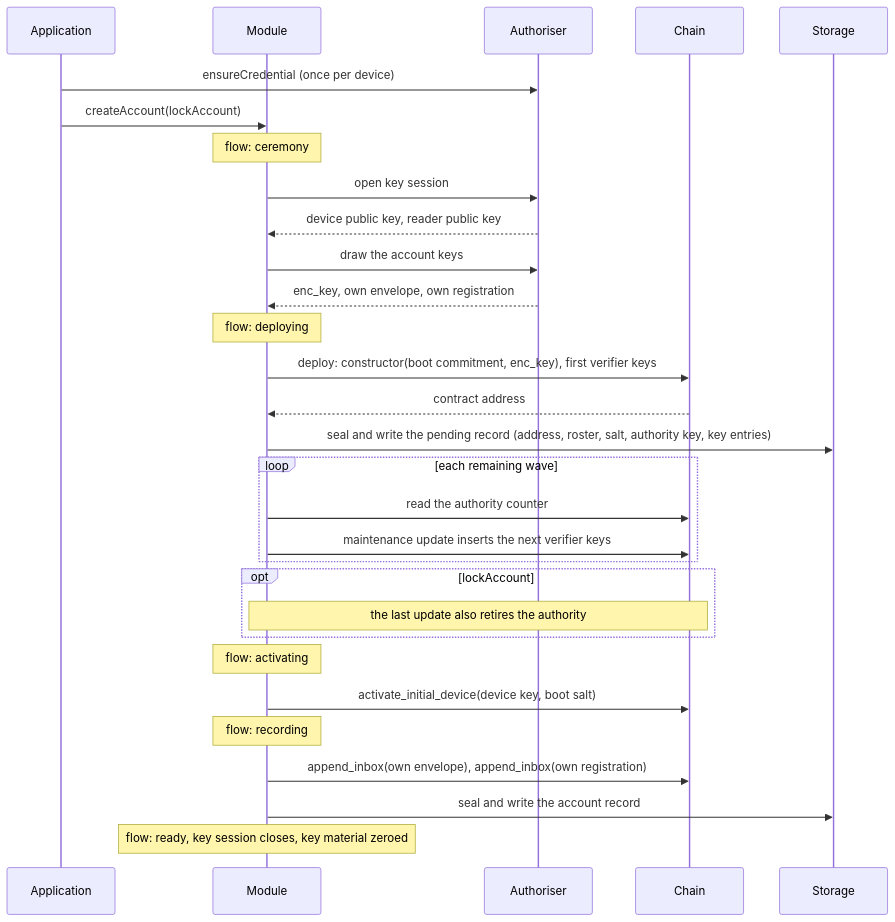
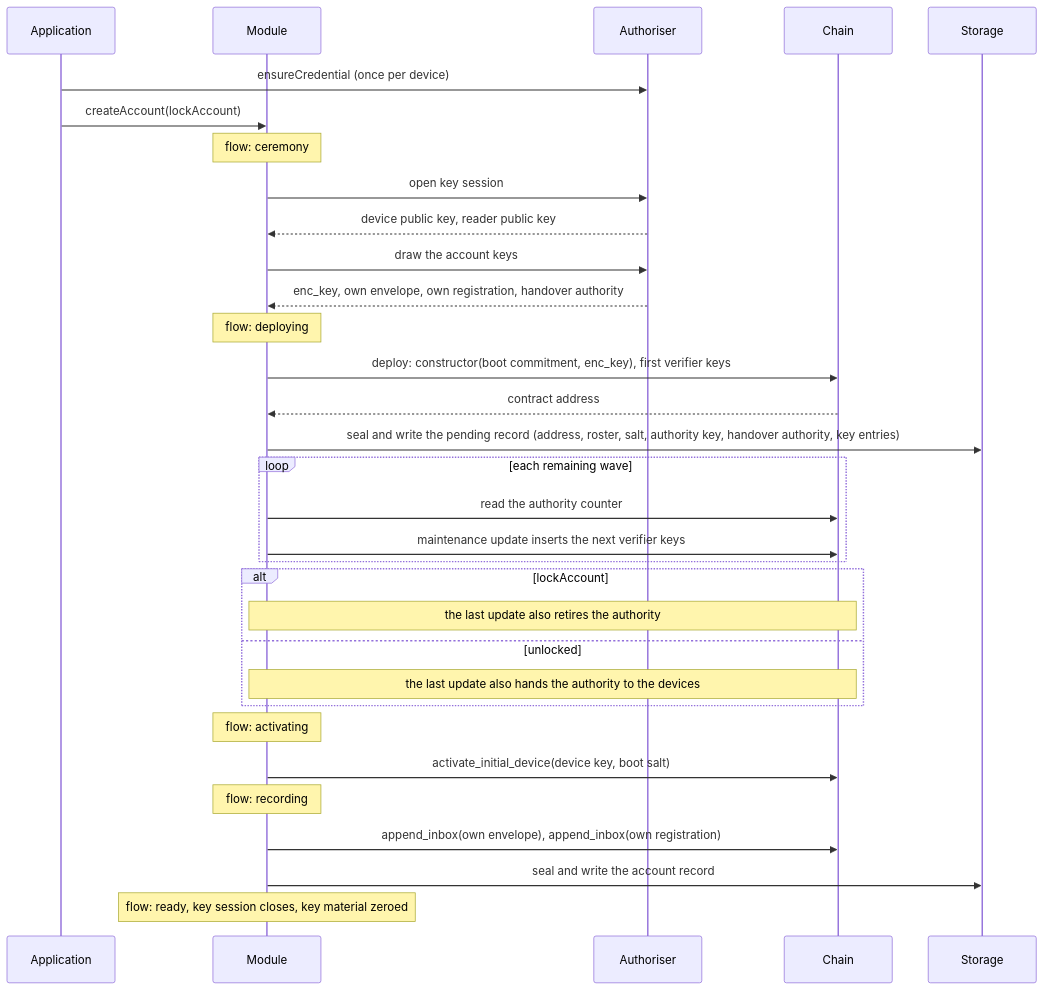
One commit to input-output-hk/lace-sdk changed the fifth of 7 diagrams in packages/module/passport-account/README.md. Above: the diagram before and after it, drawn with Mermaid. The commit also changed other lines of this file and 84 other files, not shown here.

````diff
--- a/packages/module/passport-account/README.md
+++ b/packages/module/passport-account/README.md
@@ -566,33 +601,35 @@
 ```mermaid
 sequenceDiagram
     participant A as Application
     participant M as Module
     participant K as Authoriser
     participant C as Chain
     participant St as Storage
 
     A->>K: ensureCredential (once per device)
     A->>M: createAccount(lockAccount)
     Note over M: flow: ceremony
     M->>K: open key session
     K-->>M: device public key, reader public key
     M->>K: draw the account keys
-    K-->>M: enc_key, own envelope, own registration
+    K-->>M: enc_key, own envelope, own registration, handover authority
     Note over M: flow: deploying
     M->>C: deploy: constructor(boot commitment, enc_key), first verifier keys
     C-->>M: contract address
-    M->>St: seal and write the pending record (address, roster, salt, authority key, key entries)
+    M->>St: seal and write the pending record (address, roster, salt, authority key, handover authority, key entries)
     loop each remaining wave
         M->>C: read the authority counter
         M->>C: maintenance update inserts the next verifier keys
     end
-    opt lockAccount
+    alt lockAccount
         Note over M,C: the last update also retires the authority
+    else unlocked
+        Note over M,C: the last update also hands the authority to the devices
     end
     Note over M: flow: activating
     M->>C: activate_initial_device(device key, boot salt)
     Note over M: flow: recording
     M->>C: append_inbox(own envelope), append_inbox(own registration)
     M->>St: seal and write the account record
     Note over M: flow: ready, key session closes, key material zeroed
 ```
````
